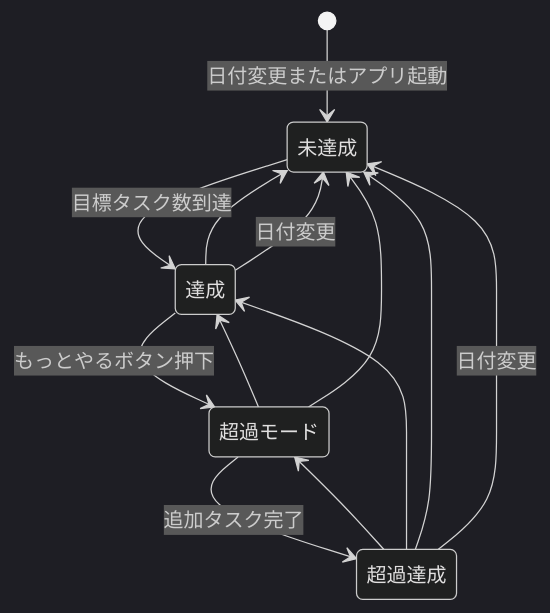
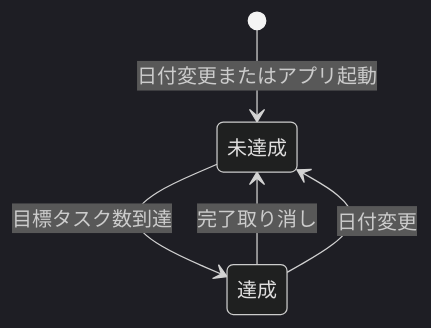
The third of 7 diagrams in doc/05_05_FUNCTIONAL_SPEC.md (osawa-naotaka/vanishtodo), drawn with Mermaid (dark theme) before and after one commit. The commit also changed other lines of this file and 1 other file, not shown here.

Commit message:
機能仕様書の状態遷移図を簡略化、機能仕様を一部記述方法修正。アーキテクチャの競合解決ポリシーを記述。

````diff
--- a/doc/05_05_FUNCTIONAL_SPEC.md
+++ b/doc/05_05_FUNCTIONAL_SPEC.md
@@ -99,16 +100,8 @@
 ```mermaid
 stateDiagram-v2
     [*] --> 未達成: 日付変更またはアプリ起動
     未達成 --> 達成: 目標タスク数到達
-    達成 --> 未達成
-    達成 --> 超過モード: もっとやるボタン押下
-    超過モード --> 達成
-    超過モード --> 超過達成: 追加タスク完了
-    超過モード --> 未達成
-    超過達成 --> 超過モード
-    超過達成 --> 達成
-    超過達成 --> 未達成
+    達成 --> 未達成: 完了取り消し
 
     達成 --> 未達成: 日付変更
-    超過達成 --> 未達成: 日付変更
 ```
````
